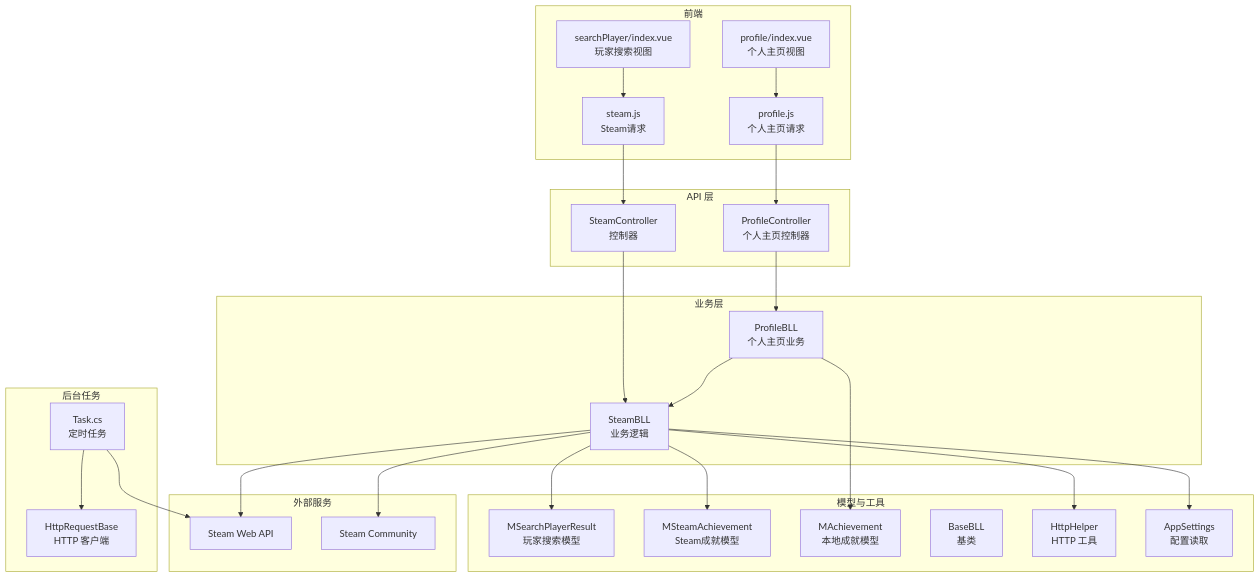
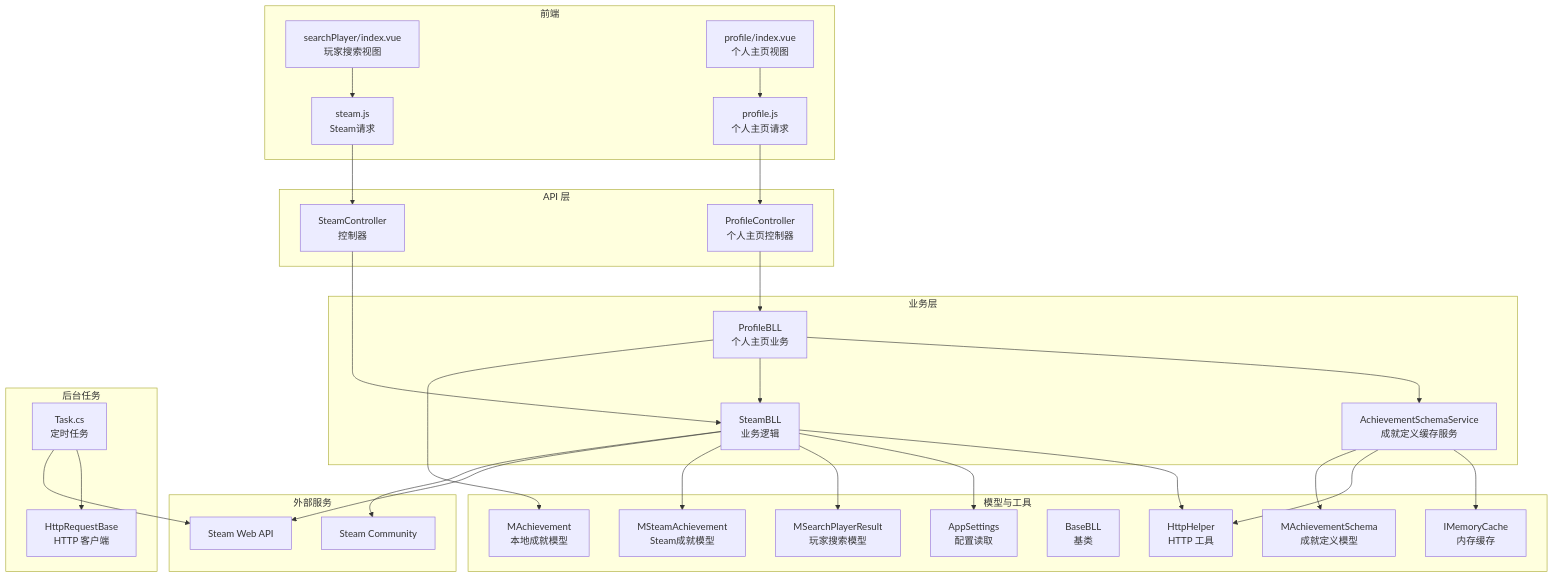
One commit to TinyMaD/SpeedRunnersLab changed the first of 6 diagrams in .qoder/repowiki/zh/content/后端 API 服务/Steam 集成模块.md. Above: the diagram before and after it, drawn with Mermaid. The commit also changed other lines of this file and 9 other files, not shown here.

````diff
--- a/.qoder/repowiki/zh/content/后端 API 服务/Steam 集成模块.md
+++ b/.qoder/repowiki/zh/content/后端 API 服务/Steam 集成模块.md
@@ -65,49 +70,56 @@
 ```mermaid
 graph TB
 subgraph "API 层"
 C["SteamController<br/>控制器"]
 PC["ProfileController<br/>个人主页控制器"]
 end
 subgraph "业务层"
 B["SteamBLL<br/>业务逻辑"]
 PB["ProfileBLL<br/>个人主页业务"]
+ASC["AchievementSchemaService<br/>成就定义缓存服务"]
 end
 subgraph "模型与工具"
 M["MSearchPlayerResult<br/>玩家搜索模型"]
 SA["MSteamAchievement<br/>Steam成就模型"]
+AS["MAchievementSchema<br/>成就定义模型"]
 PA["MAchievement<br/>本地成就模型"]
 U["BaseBLL<br/>基类"]
 H["HttpHelper<br/>HTTP 工具"]
 A["AppSettings<br/>配置读取"]
+MC["IMemoryCache<br/>内存缓存"]
 end
 subgraph "外部服务"
 S["Steam Web API"]
 SC["Steam Community"]
 end
 subgraph "前端"
 F["steam.js<br/>Steam请求"]
 PF["profile.js<br/>个人主页请求"]
 V["searchPlayer/index.vue<br/>玩家搜索视图"]
 PV["profile/index.vue<br/>个人主页视图"]
 end
 subgraph "后台任务"
 T["Task.cs<br/>定时任务"]
 HB["HttpRequestBase<br/>HTTP 客户端"]
 end
 F --> C
 PF --> PC
 C --> B
 PC --> PB
+PB --> ASC
 PB --> B
+ASC --> MC
+ASC --> H
 B --> H
 B --> A
 B --> M
 B --> SA
+ASC --> AS
 PB --> PA
 B --> S
 B --> SC
 V --> F
 PV --> PF
 T --> HB
 T --> S
 ```
````
